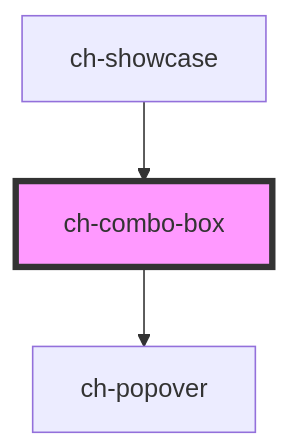
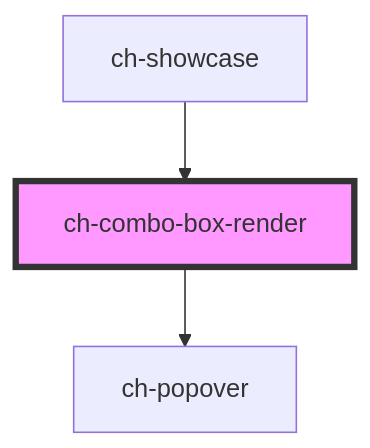
One commit to genexuslabs/chameleon-controls-library changed the diagram in src/components/combobox/readme.md. Above: the diagram before and after it, drawn with Mermaid. The commit also changed other lines of this file and 8 other files, not shown here.

First line of the commit message:
Rename the "ch-combo-box" control to "ch-combo-box-render"

````diff
--- a/src/components/combobox/readme.md
+++ b/src/components/combobox/readme.md
@@ -74,6 +74,6 @@
 ```mermaid
 graph TD;
-  ch-combo-box --> ch-popover
-  ch-showcase --> ch-combo-box
-  style ch-combo-box fill:#f9f,stroke:#333,stroke-width:4px
+  ch-combo-box-render --> ch-popover
+  ch-showcase --> ch-combo-box-render
+  style ch-combo-box-render fill:#f9f,stroke:#333,stroke-width:4px
 ```
````
